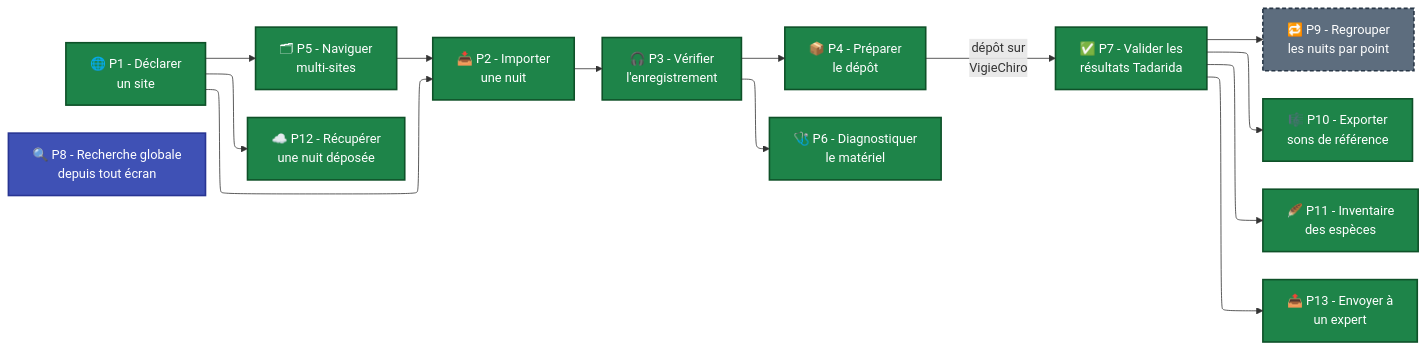
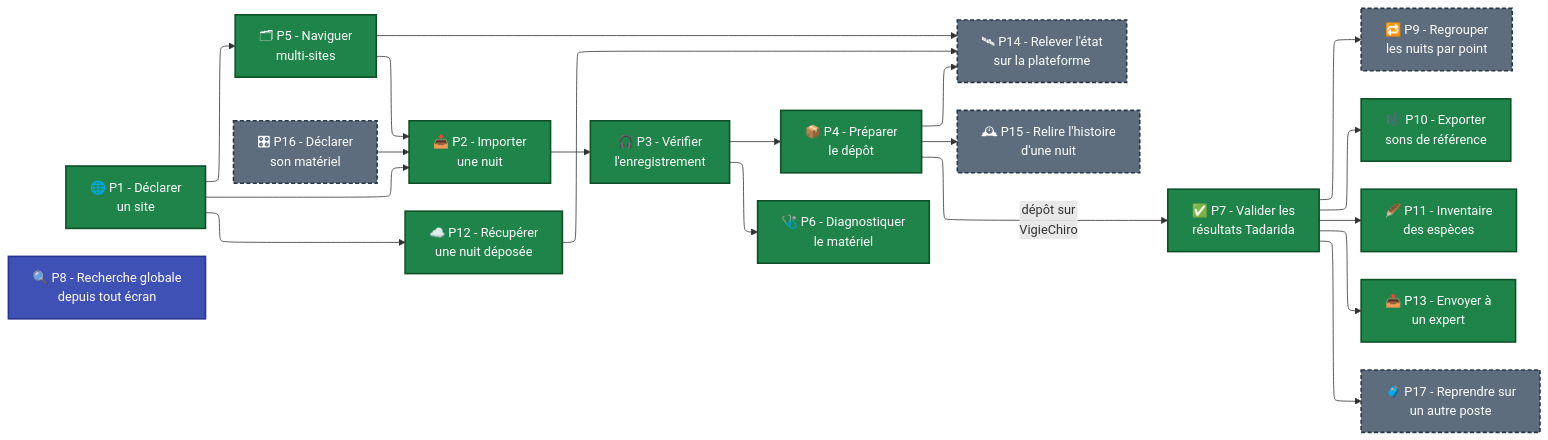
One commit to echonuit/vigiechiro-pr-companion changed the diagram in brief/docs/Analyse et conception/Parcours utilisateurs/index.md. Above: the diagram before and after it, drawn with Mermaid. The commit also changed other lines of this file and 6 other files, not shown here.

````diff
--- a/brief/docs/Analyse et conception/Parcours utilisateurs/index.md
+++ b/brief/docs/Analyse et conception/Parcours utilisateurs/index.md
@@ -37,27 +41,34 @@
 ```mermaid
 %%{init: {"flowchart": {"defaultRenderer": "elk"}, "themeCSS": ".nodeLabel, .nodeLabel p, .nodeLabel span { color: #fff !important; fill: #fff !important; }"}}%%
 flowchart LR
     P1[🌐 P1 - Déclarer<br/>un site] --> P2[📥 P2 - Importer<br/>une nuit]
     P2 --> P3[🎧 P3 - Vérifier<br/>l'enregistrement]
     P3 --> P4[📦 P4 - Préparer<br/>le dépôt]
     P4 -->|dépôt sur<br/>VigieChiro| P7[✅ P7 - Valider les<br/>résultats Tadarida]
 
     P1 --> P5[🗂 P5 - Naviguer<br/>multi-sites]
     P5 --> P2
     P3 --> P6[🩺 P6 - Diagnostiquer<br/>le matériel]
     P1 --> P12[☁️ P12 - Récupérer<br/>une nuit déposée]
 
     P7 --> P9[🔁 P9 - Regrouper<br/>les nuits par point]
     P7 --> P10[🎼 P10 - Exporter<br/>sons de référence]
     P7 --> P11[🪶 P11 - Inventaire<br/>des espèces]
     P7 --> P13[📤 P13 - Envoyer à<br/>un expert]
 
     P8[🔍 P8 - Recherche globale<br/>depuis tout écran]
 
+    P16[🎛 P16 - Déclarer<br/>son matériel] --> P2
+    P4 --> P14[🛰 P14 - Relever l'état<br/>sur la plateforme]
+    P12 --> P14
+    P5 --> P14
+    P4 --> P15[🕰 P15 - Relire l'histoire<br/>d'une nuit]
+    P7 --> P17[🧳 P17 - Reprendre sur<br/>un autre poste]
+
     classDef livre fill:#1e8449,stroke:#0e5128,color:#fff,stroke-width:2px
     classDef transverse fill:#3f51b5,stroke:#283593,color:#fff,stroke-width:2px
     classDef nonlivre fill:#5d6d7e,stroke:#283747,color:#fff,stroke-width:2px,stroke-dasharray:5 3
     class P1,P2,P3,P4,P5,P6,P7,P10,P11,P12,P13 livre
     class P8 transverse
-    class P9 nonlivre
+    class P9,P14,P15,P16,P17 nonlivre
 ```
````
